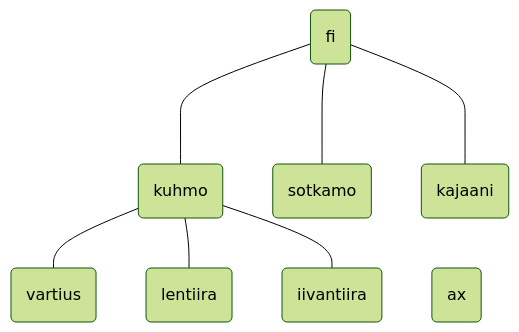
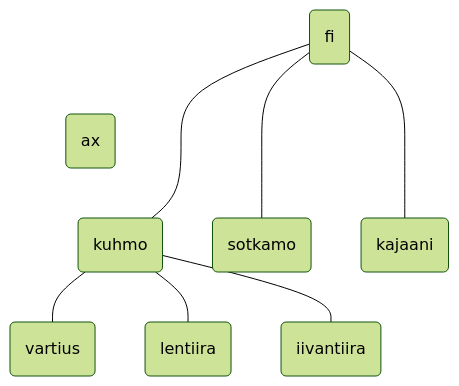
The diagram in README.md (phdonner/verkkotunnus), drawn with Mermaid before and after one commit.

````diff
--- a/README.md
+++ b/README.md
@@ -9,11 +9,11 @@
 ```mermaid
 %%{init: {'theme':'forest'}}%%
 flowchart BT
    A(vartius)  --- D
    B(lentiira)   --- D
    C(iivantiira) --- D
    D(kuhmo)   ---- F(fi)
    E(sotkamo) ---- F(fi)
    G(kajaani) ---- F(fi)
-   H(ax)
+   D(kuhmo)   ~~~ H(ax)
 ```
````
